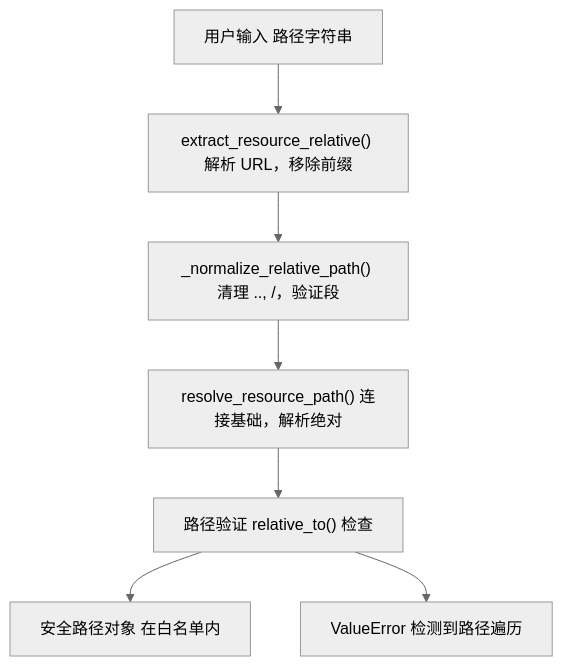
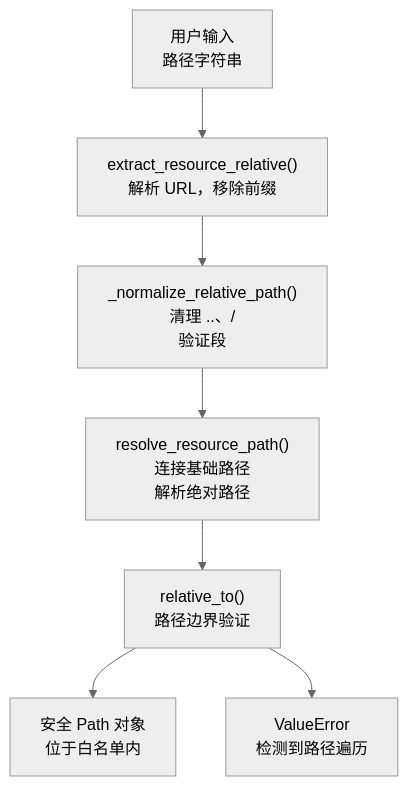
Before and after one commit to HKLHaoBin/LyricSphere: diagram 23 of 44 in README.md, drawn with Mermaid (neutral theme). The commit also changed other lines of this file, not shown here.

First line of the commit message:
docs: 优化README中的流程图和序列图格式

````diff
--- a/README.md
+++ b/README.md
@@ -2271,17 +2276,18 @@
 ```mermaid
 flowchart TD
-    Input["用户输入 路径字符串"]
-    Extract["extract_resource_relative() 解析 URL，移除前缀"]
-    Normalize["_normalize_relative_path() 清理 .., /，验证段"]
-    Resolve["resolve_resource_path() 连接基础，解析绝对"]
-    Validate["路径验证 relative_to() 检查"]
-    Result["安全路径对象 在白名单内"]
-    Error["ValueError 检测到路径遍历"]
+    Input["用户输入<br/>路径字符串"]
+    Extract["extract_resource_relative()<br/>解析 URL，移除前缀"]
+    Normalize["_normalize_relative_path()<br/>清理 ..、/<br/>验证段"]
+    Resolve["resolve_resource_path()<br/>连接基础路径<br/>解析绝对路径"]
+    Validate["relative_to()<br/>路径边界验证"]
+    Result["安全 Path 对象<br/>位于白名单内"]
+    Error["ValueError<br/>检测到路径遍历"]
 
     Input --> Extract
     Extract --> Normalize
     Normalize --> Resolve
     Resolve --> Validate
     Validate --> Result
     Validate --> Error
+
 ```
````
